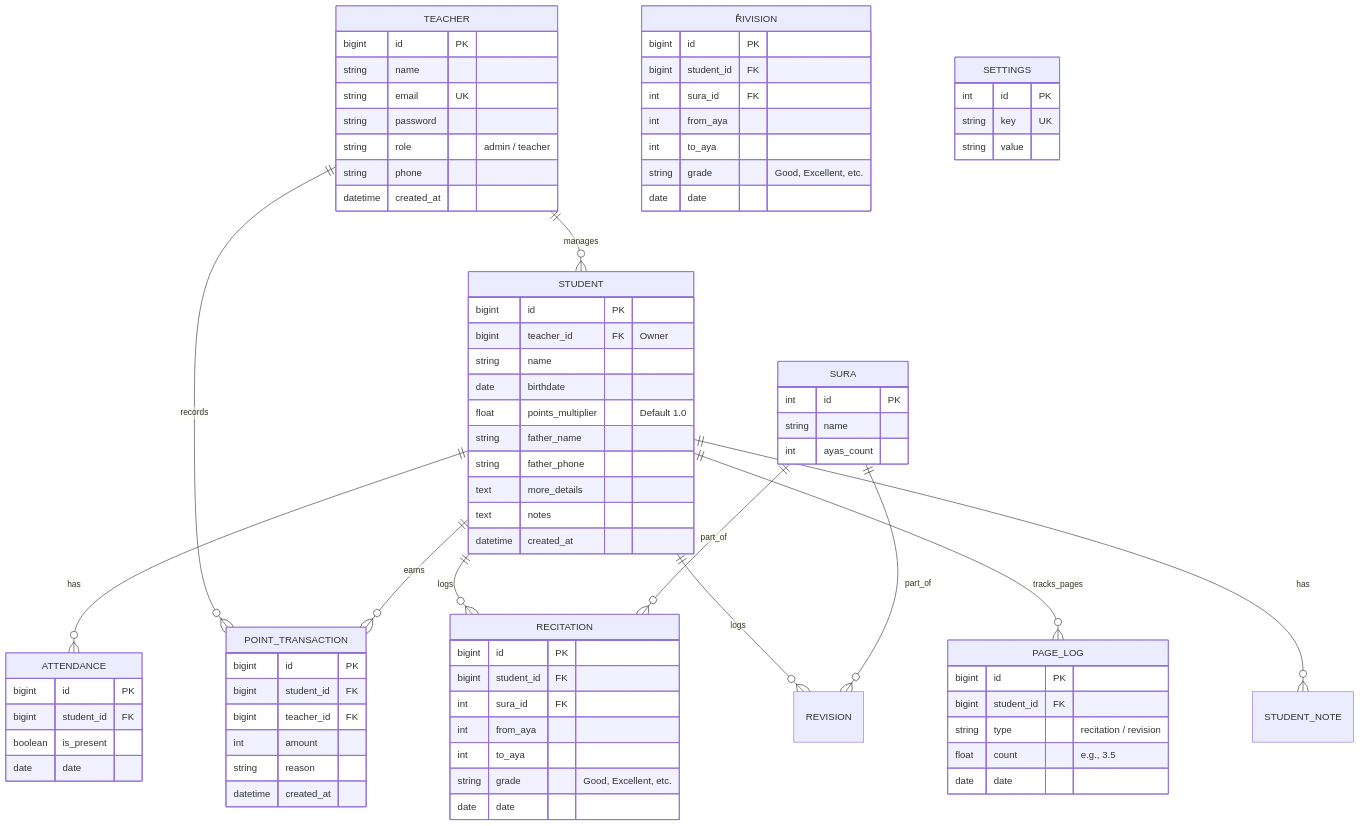
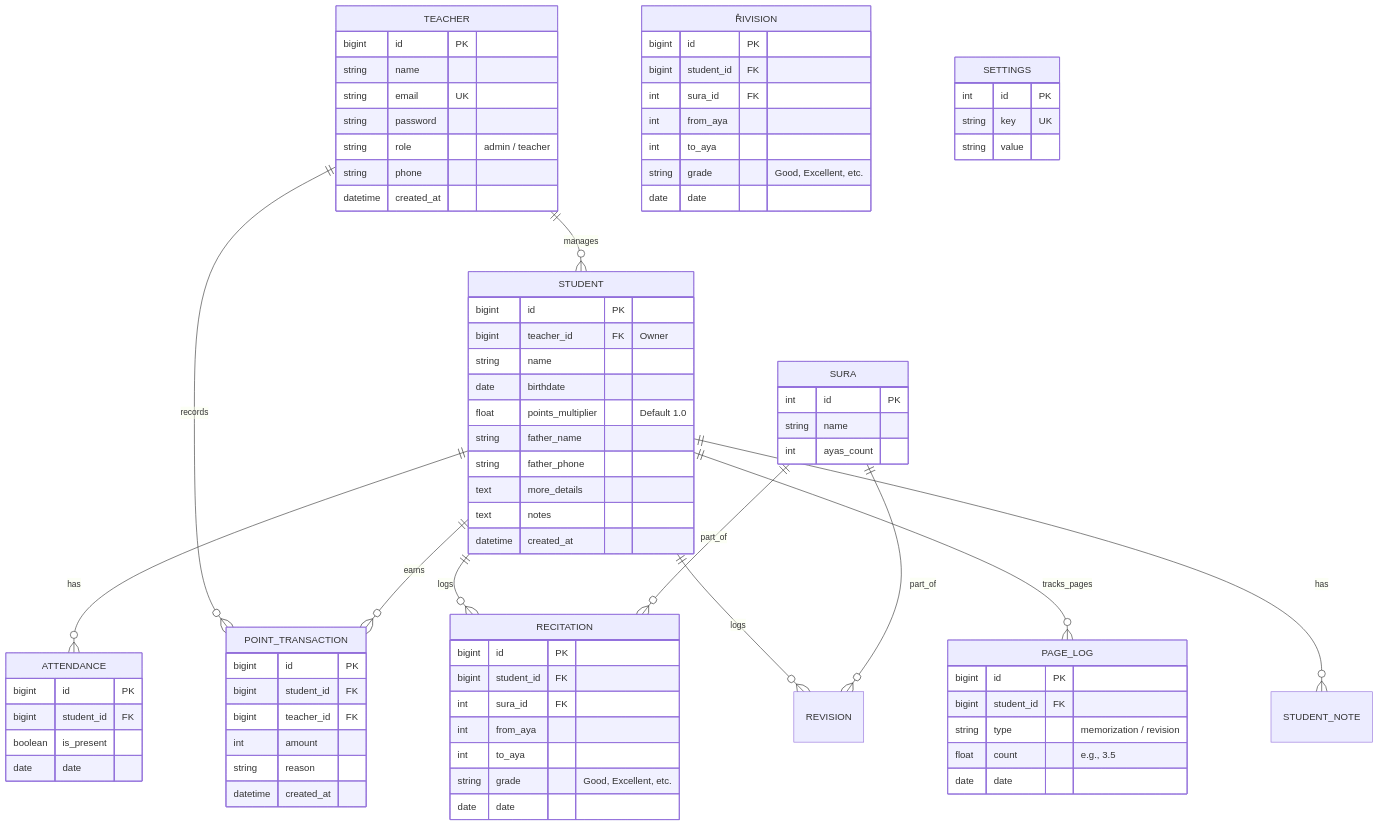
One commit to hesham04Dev/taj-rida changed the diagram in DB.md. Above: the diagram before and after it, drawn with Mermaid. The commit also changed 43 other files, not shown here.

```diff
--- a/DB.md
+++ b/DB.md
@@ -63,7 +63,7 @@
     PAGE_LOG {
         bigint id PK
         bigint student_id FK
-        string type "recitation / revision"
+        string type "memorization / revision"
         float count "e.g., 3.5"
         date date
     }
```
